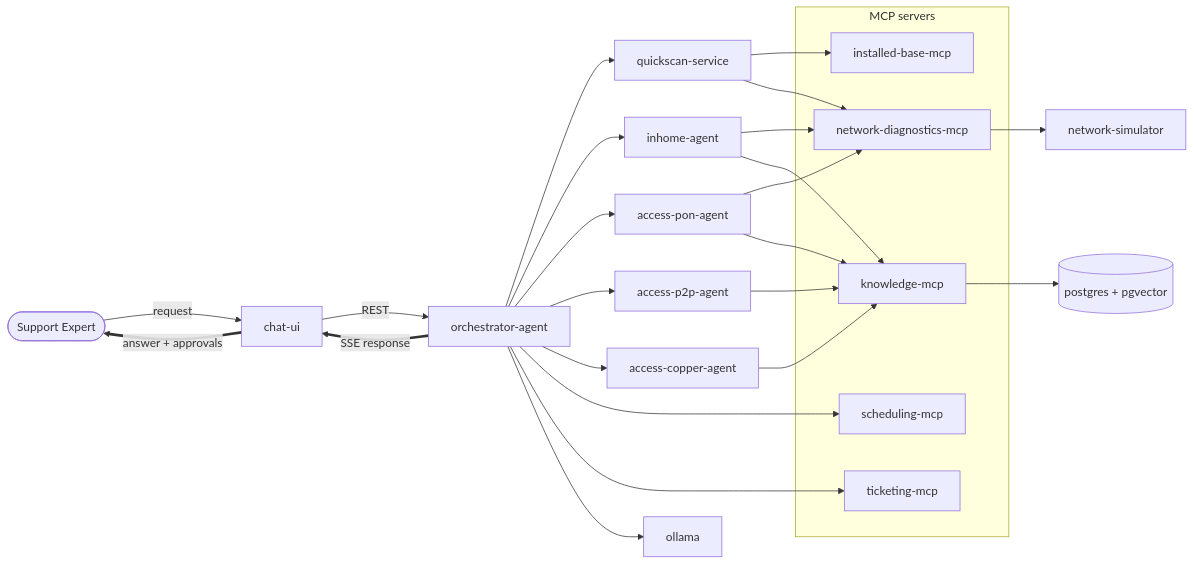
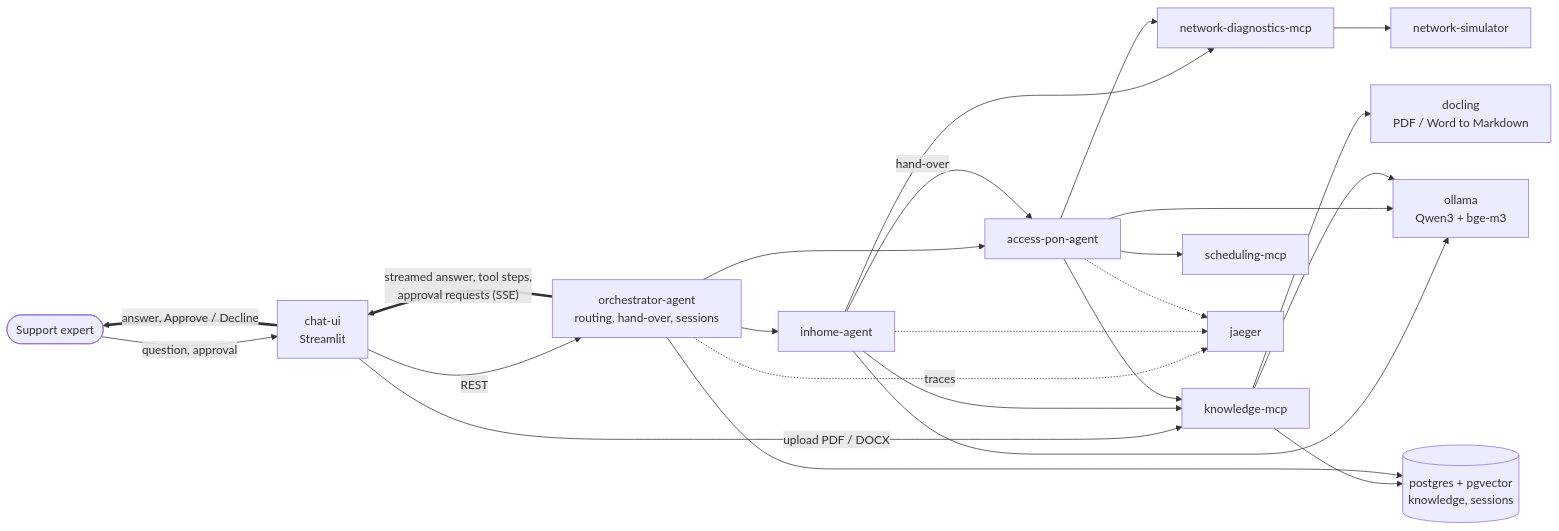
The diagram in README.md (developer47-ai/dba-poc), drawn with Mermaid before and after one commit. The commit also changed other lines of this file and 3 other files, not shown here.

````diff
--- a/README.md
+++ b/README.md
@@ -39,32 +45,31 @@
 ```mermaid
 flowchart LR
-    CE(["Support Expert"]) -->|"request"| UI["chat-ui"]
-    UI -->|"REST"| ORC["orchestrator-agent"]
-    ORC --> QS["quickscan-service"]
+    EXP(["Support expert"]) -->|"question, approval"| UI["chat-ui<br/>Streamlit"]
+    UI -->|"REST"| ORC["orchestrator-agent<br/>routing, hand-over, sessions"]
+    ORC ==>|"streamed answer, tool steps,<br/>approval requests (SSE)"| UI
+    UI ==>|"answer, Approve / Decline"| EXP
+    UI -->|"upload PDF / DOCX"| KB
+
     ORC --> IH["inhome-agent"]
     ORC --> PON["access-pon-agent"]
-    ORC --> P2P["access-p2p-agent"]
-    ORC --> CU["access-copper-agent"]
-    subgraph MCP["MCP servers"]
-        DIAG["network-diagnostics-mcp"]
-        IB["installed-base-mcp"]
-        SCH["scheduling-mcp"]
-        TIC["ticketing-mcp"]
-        KB["knowledge-mcp"]
-    end
-    QS --> IB
-    QS --> DIAG
-    IH --> DIAG
-    IH --> KB
+    IH -->|"hand-over"| PON
+
+    IH --> DIAG["network-diagnostics-mcp"]
     PON --> DIAG
+    PON --> SCH["scheduling-mcp"]
+    IH --> KB["knowledge-mcp"]
     PON --> KB
-    P2P --> KB
-    CU --> KB
-    ORC --> SCH
-    ORC --> TIC
     DIAG --> SIM["network-simulator"]
-    KB --> PG[("postgres + pgvector")]
-    ORC --> LLM["ollama"]
-    ORC ==>|"SSE response"| UI
-    UI ==>|"answer + approvals"| CE
+
+    KB --> DOC["docling<br/>PDF / Word to Markdown"]
+    KB --> PG[("postgres + pgvector<br/>knowledge, sessions")]
+    ORC --> PG
+
+    IH --> LLM["ollama<br/>Qwen3 + bge-m3"]
+    PON --> LLM
+    KB --> LLM
+
+    ORC -.->|"traces"| JG["jaeger"]
+    IH -.-> JG
+    PON -.-> JG
 ```
````
